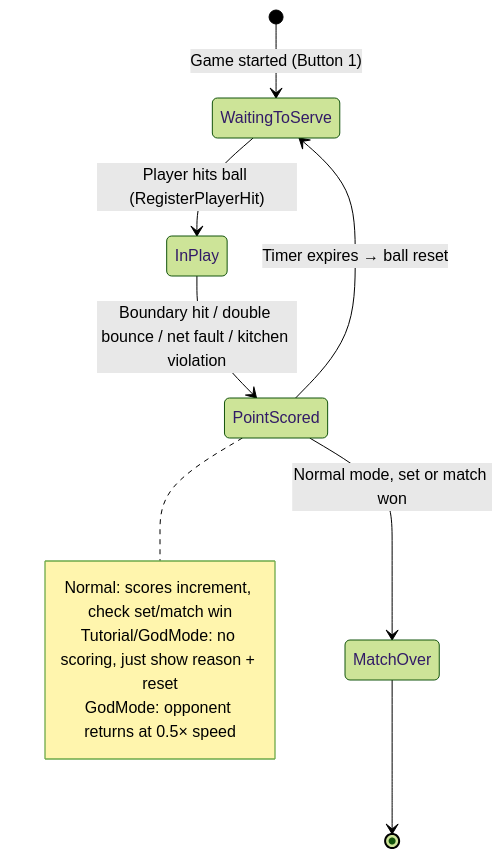
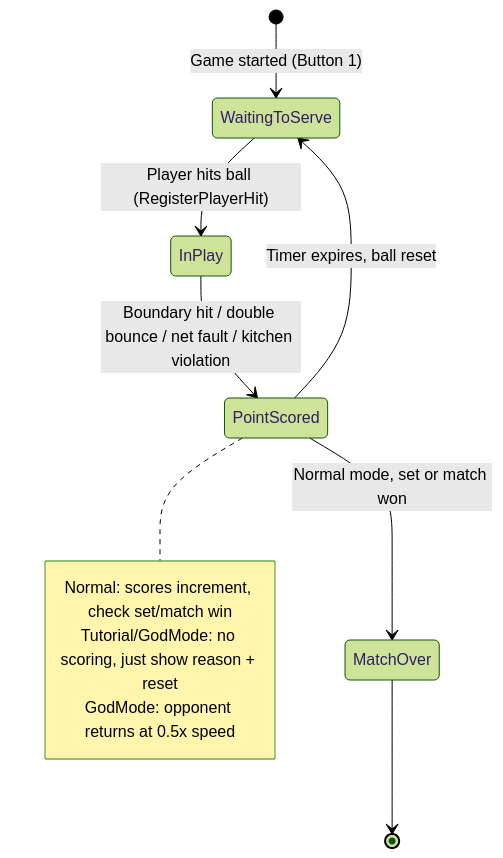
One commit to CG4002-AY2526S2-B03/Capstone_AR_Pickleball_Gameplay changed the second of 5 diagrams in Docs/System_Architecture.md. Above: the diagram before and after it, drawn with Mermaid (forest theme). The commit also changed other lines of this file, not shown here.

````diff
--- a/Docs/System_Architecture.md
+++ b/Docs/System_Architecture.md
@@ -206,20 +290,20 @@
 ```mermaid
 stateDiagram-v2
     [*] --> WaitingToServe : Game started (Button 1)
 
     WaitingToServe --> InPlay : Player hits ball (RegisterPlayerHit)
 
     InPlay --> PointScored : Boundary hit / double bounce / net fault / kitchen violation
 
-    PointScored --> WaitingToServe : Timer expires → ball reset
+    PointScored --> WaitingToServe : Timer expires, ball reset
 
     PointScored --> MatchOver : Normal mode, set or match won
 
     MatchOver --> [*]
 
     note right of PointScored
         Normal: scores increment, check set/match win
         Tutorial/GodMode: no scoring, just show reason + reset
-        GodMode: opponent returns at 0.5× speed
+        GodMode: opponent returns at 0.5x speed
     end note
 ```
````
